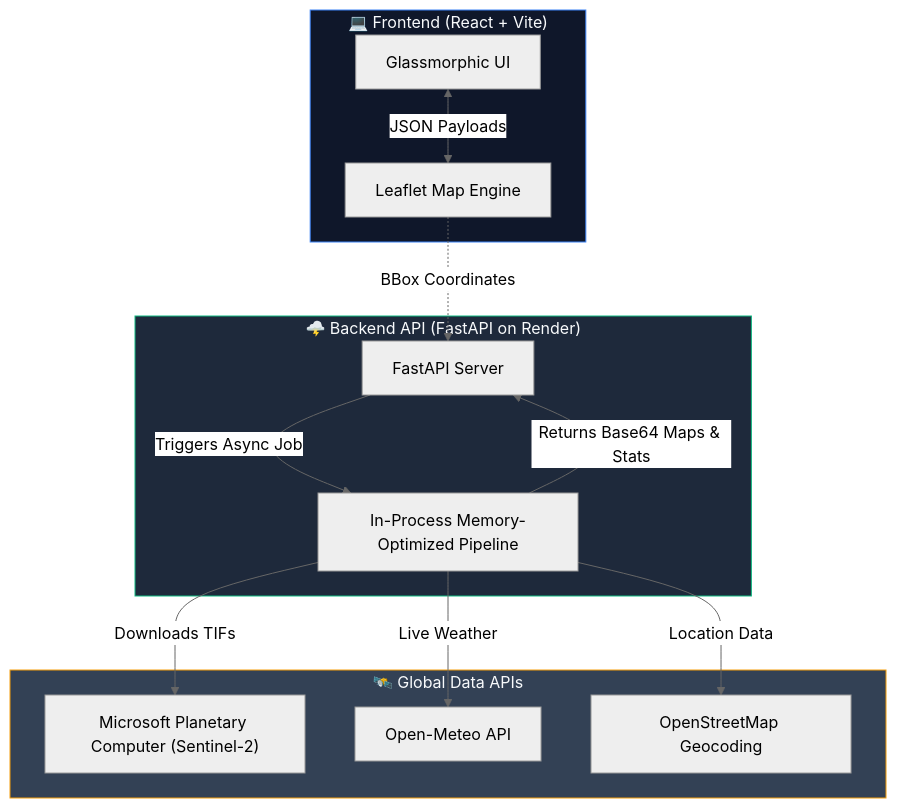
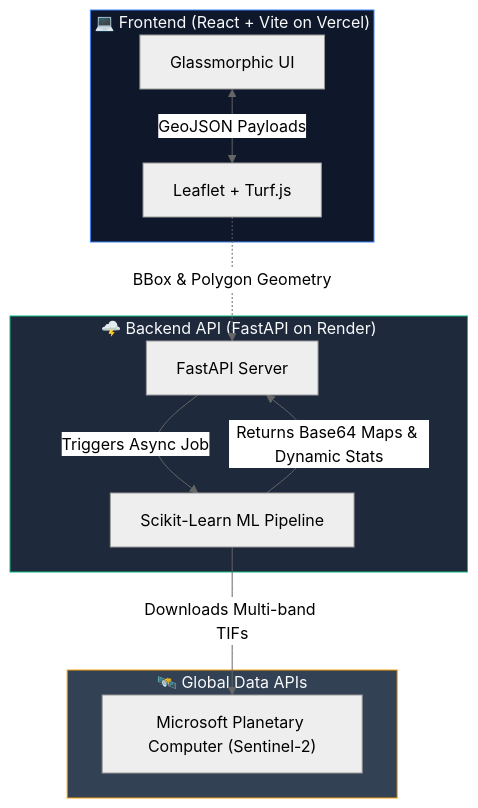
The diagram in README.md (Harshkumar2306/SmartAgro), drawn with Mermaid (neutral theme) before and after one commit. The commit also changed other lines of this file, not shown here.

Commit message:
Update README with accurate architecture and Vercel/Render badges

````diff
--- a/README.md
+++ b/README.md
@@ -55,30 +53,26 @@
 ```mermaid
 graph TB
-    subgraph Client["💻 Frontend (React + Vite)"]
+    subgraph Client["💻 Frontend (React + Vite on Vercel)"]
         UI["Glassmorphic UI"]
-        MAP["Leaflet Map Engine"]
-        UI <-->|"JSON Payloads"| MAP
+        MAP["Leaflet + Turf.js"]
+        UI <-->|"GeoJSON Payloads"| MAP
     end
 
     subgraph Backend["🌩️ Backend API (FastAPI on Render)"]
         API["FastAPI Server"]
-        WORKER["In-Process Memory-Optimized Pipeline"]
+        WORKER["Scikit-Learn ML Pipeline"]
         API -->|"Triggers Async Job"| WORKER
-        WORKER -->|"Returns Base64 Maps & Stats"| API
+        WORKER -->|"Returns Base64 Maps & Dynamic Stats"| API
     end
 
     subgraph Infrastructure["🛰️ Global Data APIs"]
         STAC["Microsoft Planetary Computer (Sentinel-2)"]
-        METEO["Open-Meteo API"]
-        OSM["OpenStreetMap Geocoding"]
     end
 
-    MAP -.->|"BBox Coordinates"| API
-    WORKER -->|"Downloads TIFs"| STAC
-    WORKER -->|"Live Weather"| METEO
-    WORKER -->|"Location Data"| OSM
+    MAP -.->|"BBox & Polygon Geometry"| API
+    WORKER -->|"Downloads Multi-band TIFs"| STAC
 
     style Client fill:#0f172a,stroke:#3b82f6,color:#f8fafc
     style Backend fill:#1e293b,stroke:#10b981,color:#f8fafc
     style Infrastructure fill:#334155,stroke:#f59e0b,color:#f8fafc
 ```
````
